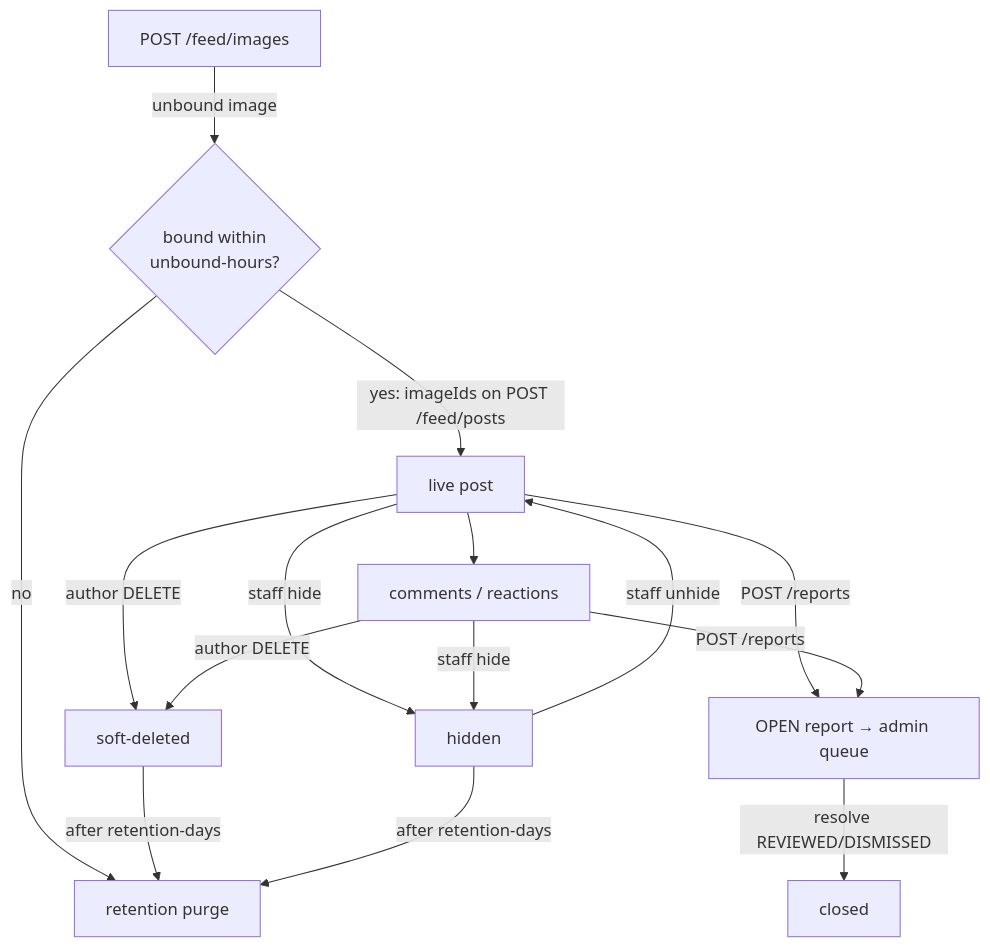
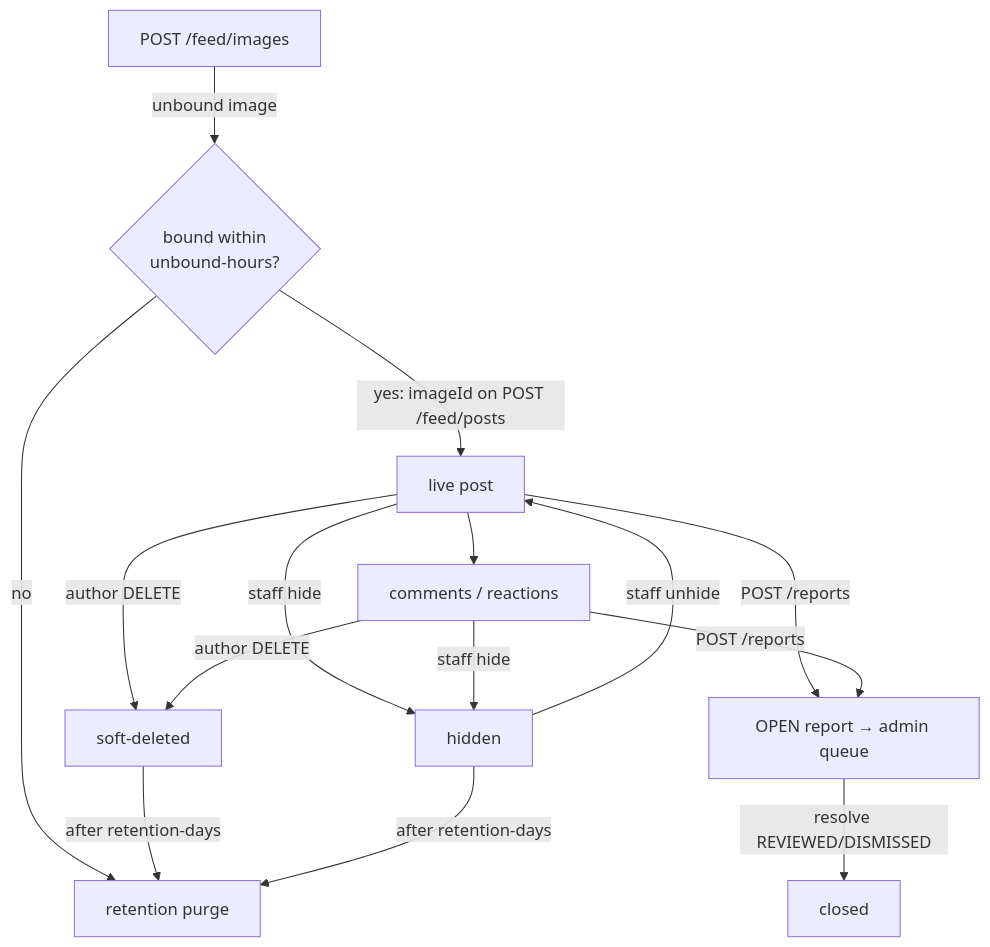
Before and after one commit to JasonTM17/Nexachat_AppJ: the second of 2 diagrams in docs/architecture/public-feed.md, drawn with Mermaid. The commit also changed other lines of this file and 2 other files, not shown here.

Commit message:
docs: align the feed and streak contract with the shipped DTOs

````diff
--- a/docs/architecture/public-feed.md
+++ b/docs/architecture/public-feed.md
@@ -70,16 +70,16 @@
 ```mermaid
 flowchart TB
     U[POST /feed/images] -->|unbound image| I{bound within<br/>unbound-hours?}
-    I -->|yes: imageIds on POST /feed/posts| P[live post]
+    I -->|yes: imageId on POST /feed/posts| P[live post]
     I -->|no| X[retention purge]
     P --> C[comments / reactions]
     P -->|author DELETE| D[soft-deleted]
     P -->|staff hide| H[hidden]
     H -->|staff unhide| P
     C -->|author DELETE| D
     C -->|staff hide| H
     D -->|after retention-days| X
     H -->|after retention-days| X
     P & C -->|POST /reports| R[OPEN report → admin queue]
     R -->|resolve REVIEWED/DISMISSED| RD[closed]
 ```
````
